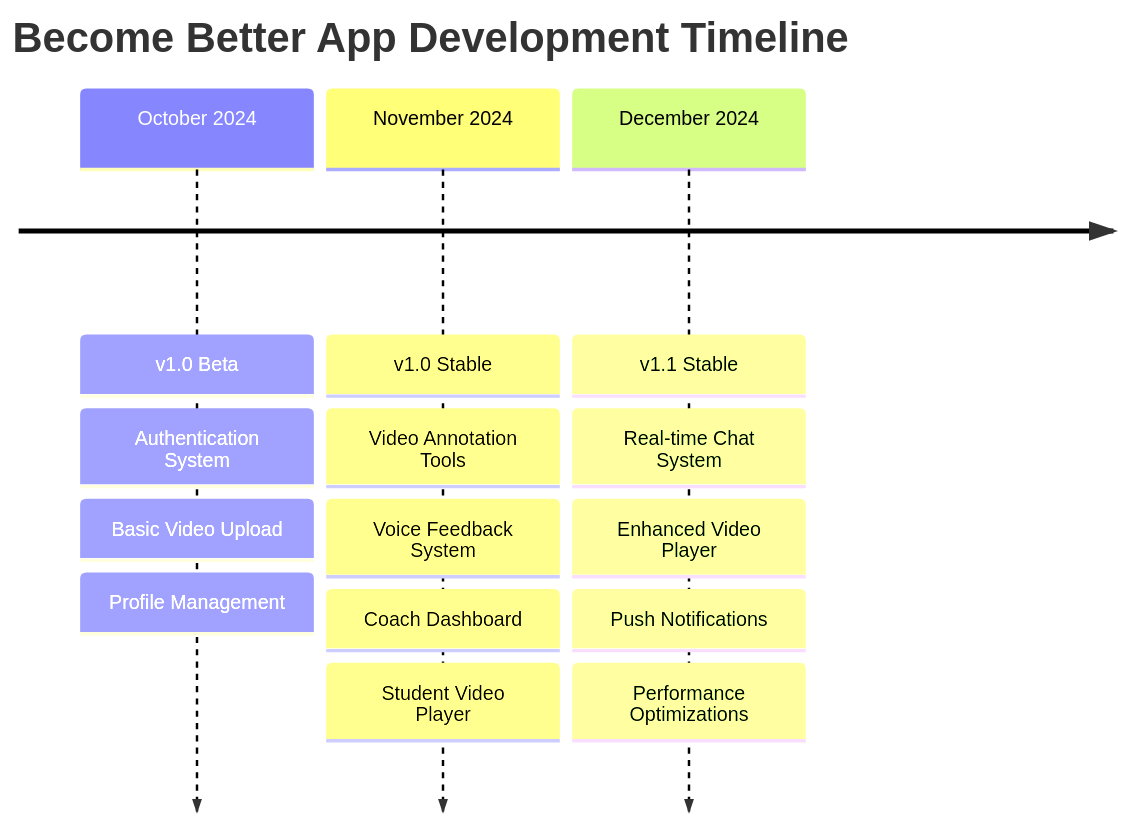
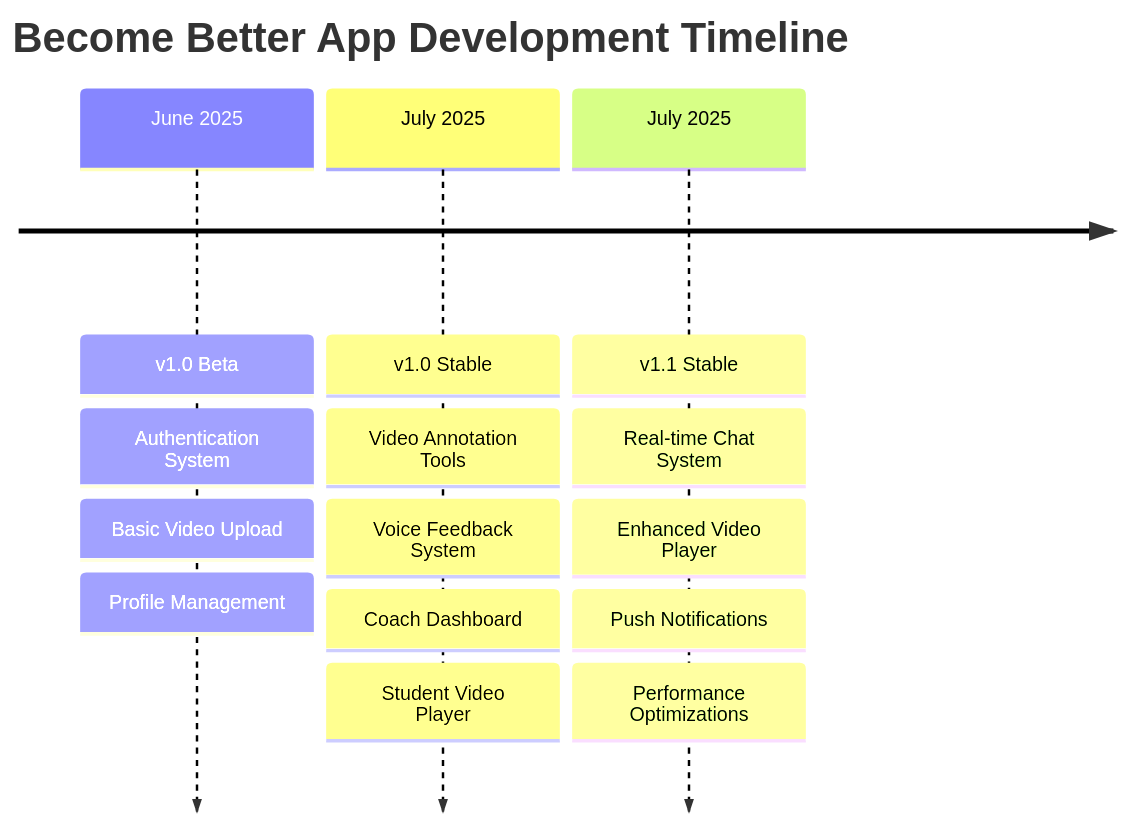
Before and after one commit to rajpatel8/WicketWise: the fifth of 10 diagrams in Documentations/MerMaid.md, drawn with Mermaid.

````diff
--- a/Documentations/MerMaid.md
+++ b/Documentations/MerMaid.md
@@ -137,21 +137,21 @@
 ```mermaid
 timeline
     title Become Better App Development Timeline
     
-    October 2024 : v1.0 Beta
+    June 2025 : v1.0 Beta
                  : Authentication System
                  : Basic Video Upload
                  : Profile Management
     
-    November 2024 : v1.0 Stable
+    July 2025 : v1.0 Stable
                   : Video Annotation Tools
                   : Voice Feedback System
                   : Coach Dashboard
                   : Student Video Player
     
-    December 2024 : v1.1 Stable
+    July 2025 : v1.1 Stable
                   : Real-time Chat System
                   : Enhanced Video Player
                   : Push Notifications
                   : Performance Optimizations
 ```
````
